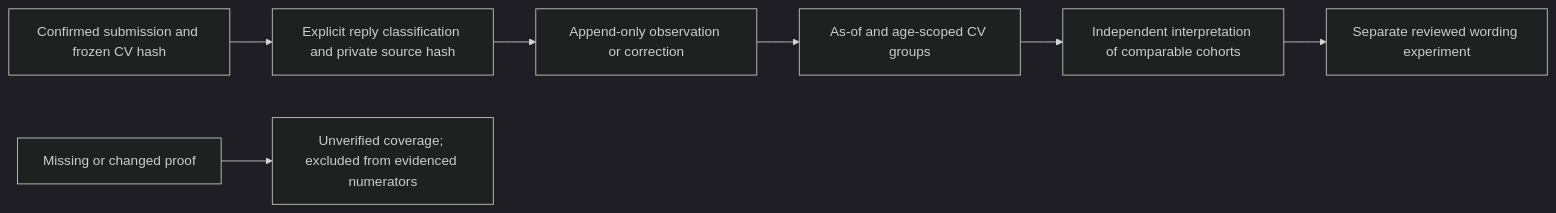
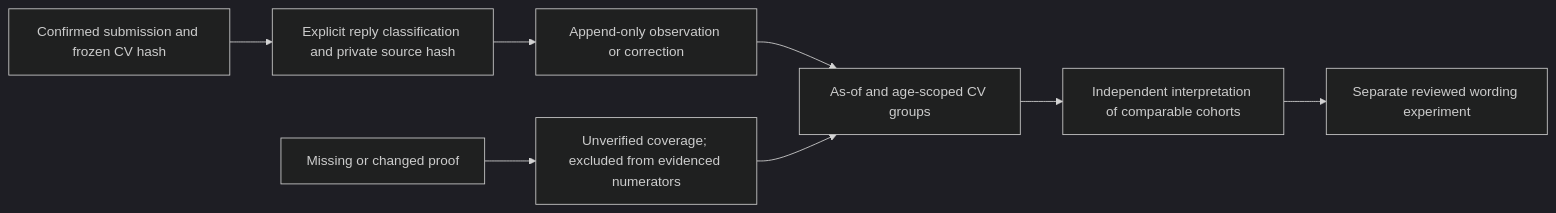
The diagram in docs/CV_OUTCOMES.md (DUYTRUYENTHONG/vietnam-career-agent-kit), drawn with Mermaid (dark theme) before and after one commit. The commit also changed other lines of this file and 1 other file, not shown here.

````diff
--- a/docs/CV_OUTCOMES.md
+++ b/docs/CV_OUTCOMES.md
@@ -6,9 +6,10 @@
 ```mermaid
 flowchart LR
   A[Confirmed submission and frozen CV hash] --> B[Explicit reply classification and private source hash]
   B --> C[Append-only observation or correction]
   C --> D[As-of and age-scoped CV groups]
   D --> E[Independent interpretation of comparable cohorts]
   E --> F[Separate reviewed wording experiment]
   G[Missing or changed proof] --> H[Unverified coverage; excluded from evidenced numerators]
+  H --> D
 ```
````
